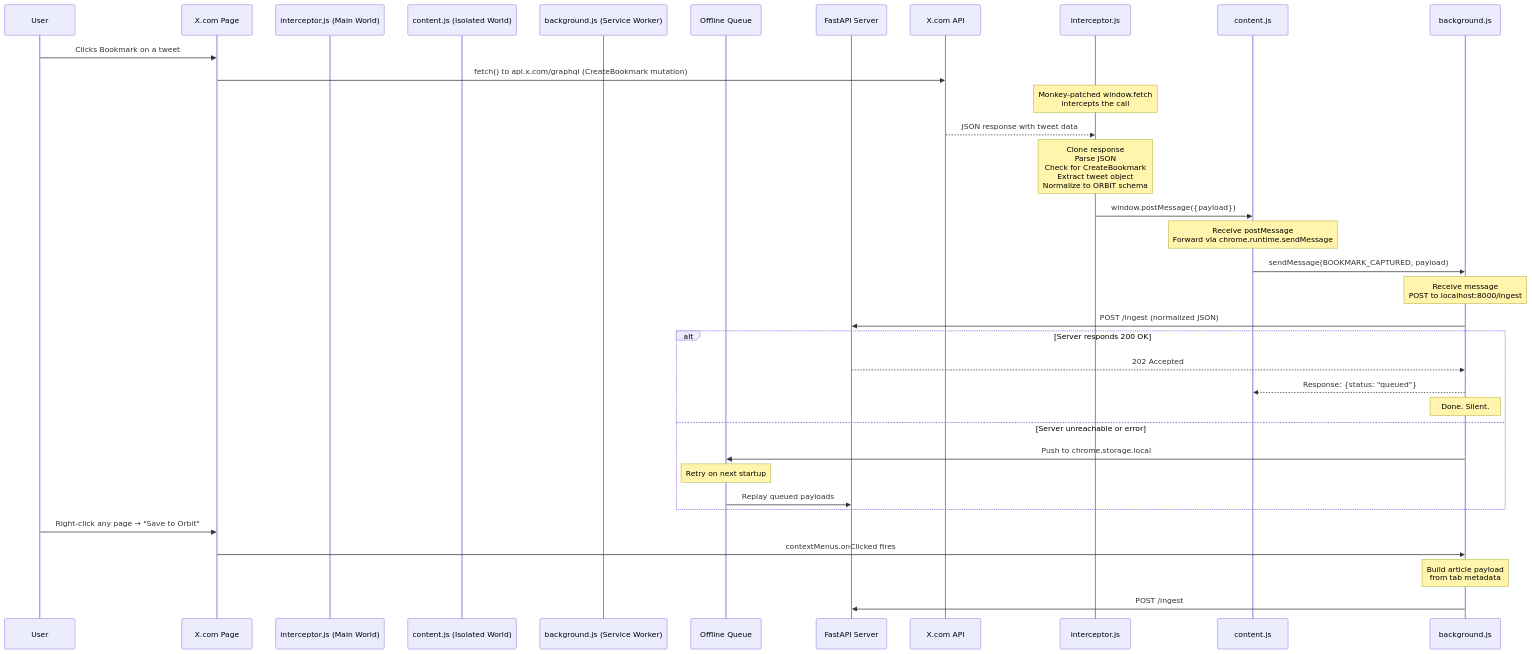
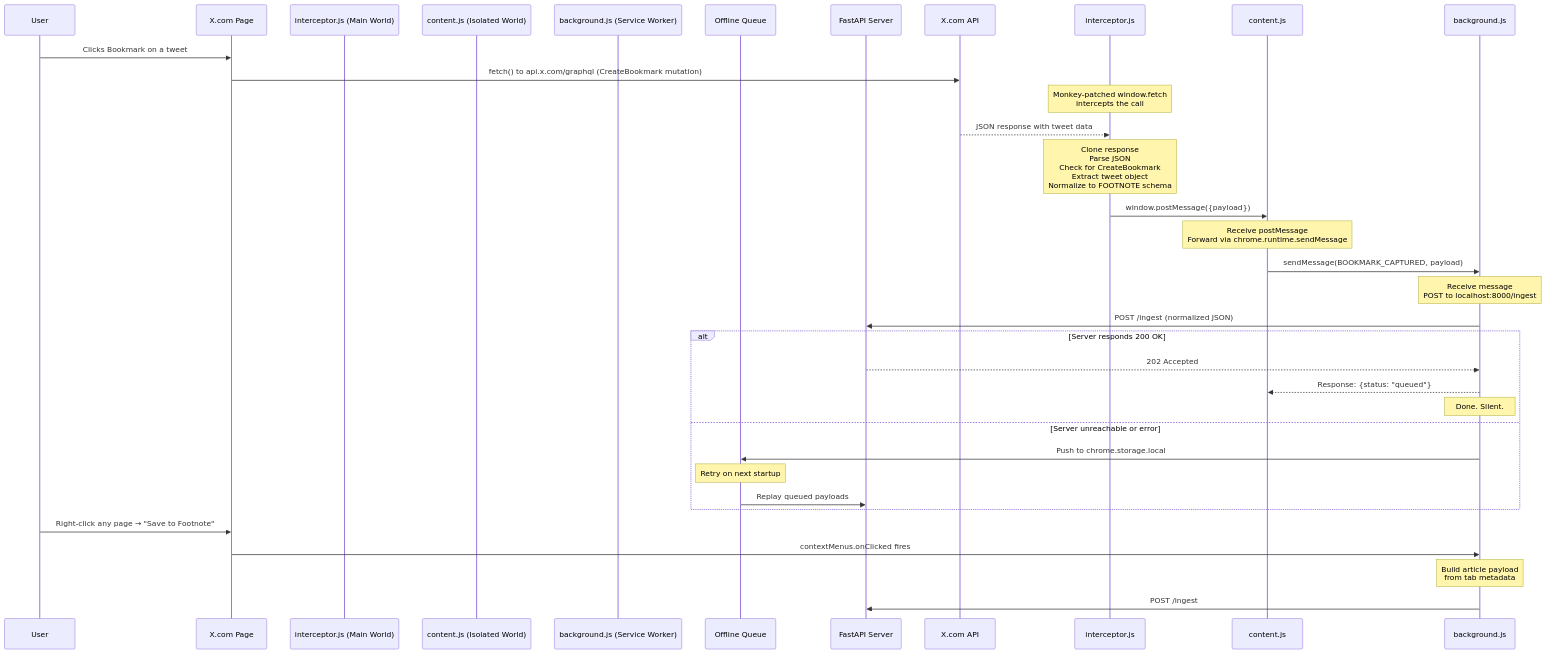
One commit to NishthaNabya/FootNotes changed the diagram in extension-docs.md. Above: the diagram before and after it, drawn with Mermaid. The commit also changed other lines of this file and 41 other files, not shown here.

````diff
--- a/extension-docs.md
+++ b/extension-docs.md
@@ -57,42 +57,42 @@
 ```mermaid
 sequenceDiagram
     participant User
     participant X.com Page
     participant interceptor.js (Main World)
     participant content.js (Isolated World)
     participant background.js (Service Worker)
     participant Offline Queue
     participant FastAPI Server
 
     User->>X.com Page: Clicks Bookmark on a tweet
     X.com Page->>X.com API: fetch() to api.x.com/graphql (CreateBookmark mutation)
 
     Note over interceptor.js: Monkey-patched window.fetch<br/>intercepts the call
 
     X.com API-->>interceptor.js: JSON response with tweet data
-    Note over interceptor.js: Clone response<br/>Parse JSON<br/>Check for CreateBookmark<br/>Extract tweet object<br/>Normalize to ORBIT schema
+    Note over interceptor.js: Clone response<br/>Parse JSON<br/>Check for CreateBookmark<br/>Extract tweet object<br/>Normalize to FOOTNOTE schema
     interceptor.js->>content.js: window.postMessage({payload})
 
     Note over content.js: Receive postMessage<br/>Forward via chrome.runtime.sendMessage
 
     content.js->>background.js: sendMessage(BOOKMARK_CAPTURED, payload)
 
     Note over background.js: Receive message<br/>POST to localhost:8000/ingest
 
     background.js->>FastAPI Server: POST /ingest (normalized JSON)
 
     alt Server responds 200 OK
         FastAPI Server-->>background.js: 202 Accepted
         background.js-->>content.js: Response: {status: "queued"}
         Note over background.js: Done. Silent.
     else Server unreachable or error
         background.js->>Offline Queue: Push to chrome.storage.local
         Note over Offline Queue: Retry on next startup
         Offline Queue->>FastAPI Server: Replay queued payloads
     end
 
-    User->>X.com Page: Right-click any page → "Save to Orbit"
+    User->>X.com Page: Right-click any page → "Save to Footnote"
     X.com Page->>background.js: contextMenus.onClicked fires
     Note over background.js: Build article payload<br/>from tab metadata
     background.js->>FastAPI Server: POST /ingest
 ```
````
